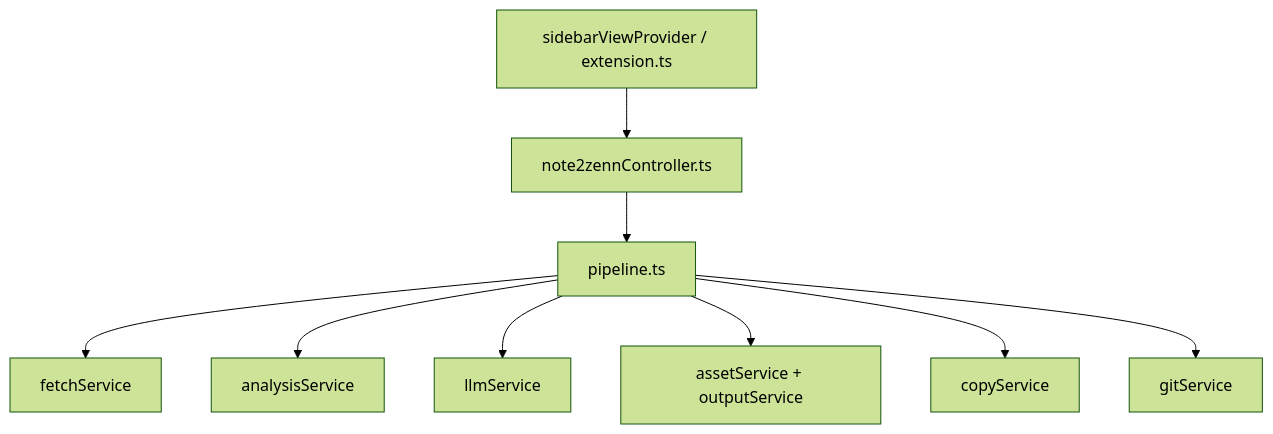
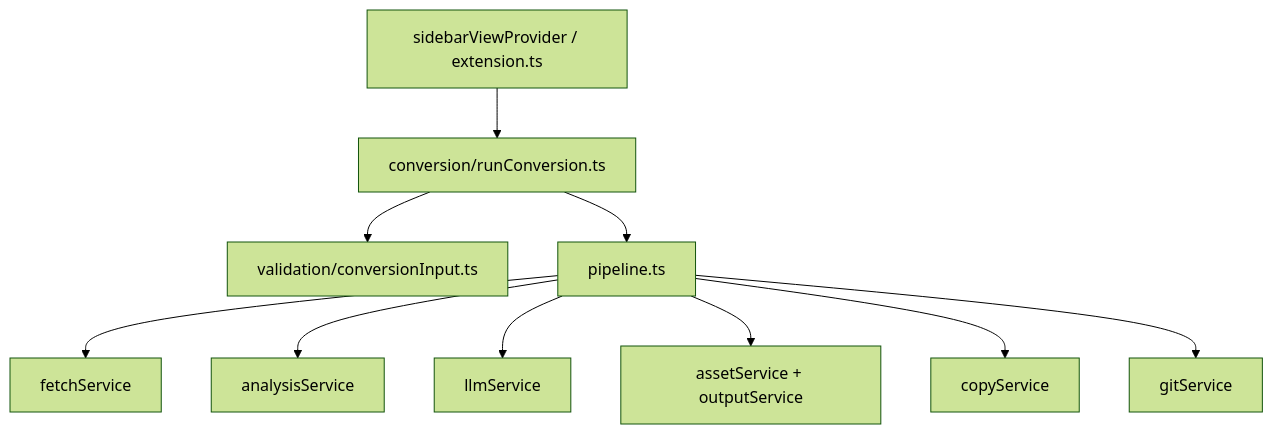
The diagram in docs/SOURCE_AND_FLOW.md (hanav1ye/note2zenn-hanaviye), drawn with Mermaid (forest theme) before and after one commit. The commit also changed other lines of this file and 21 other files, not shown here.

````diff
--- a/docs/SOURCE_AND_FLOW.md
+++ b/docs/SOURCE_AND_FLOW.md
@@ -8,14 +8,16 @@
 ```mermaid
 flowchart TB
   UI[sidebarViewProvider / extension.ts]
-  CTRL[note2zennController.ts]
+  RUN[conversion/runConversion.ts]
+  VAL[validation/conversionInput.ts]
   PL[pipeline.ts]
-  UI --> CTRL
-  CTRL --> PL
+  UI --> RUN
+  RUN --> VAL
+  RUN --> PL
   PL --> F[fetchService]
   PL --> A[analysisService]
   PL --> L[llmService]
   PL --> AS[assetService + outputService]
   PL --> C[copyService]
   PL --> G[gitService]
 ```
````
